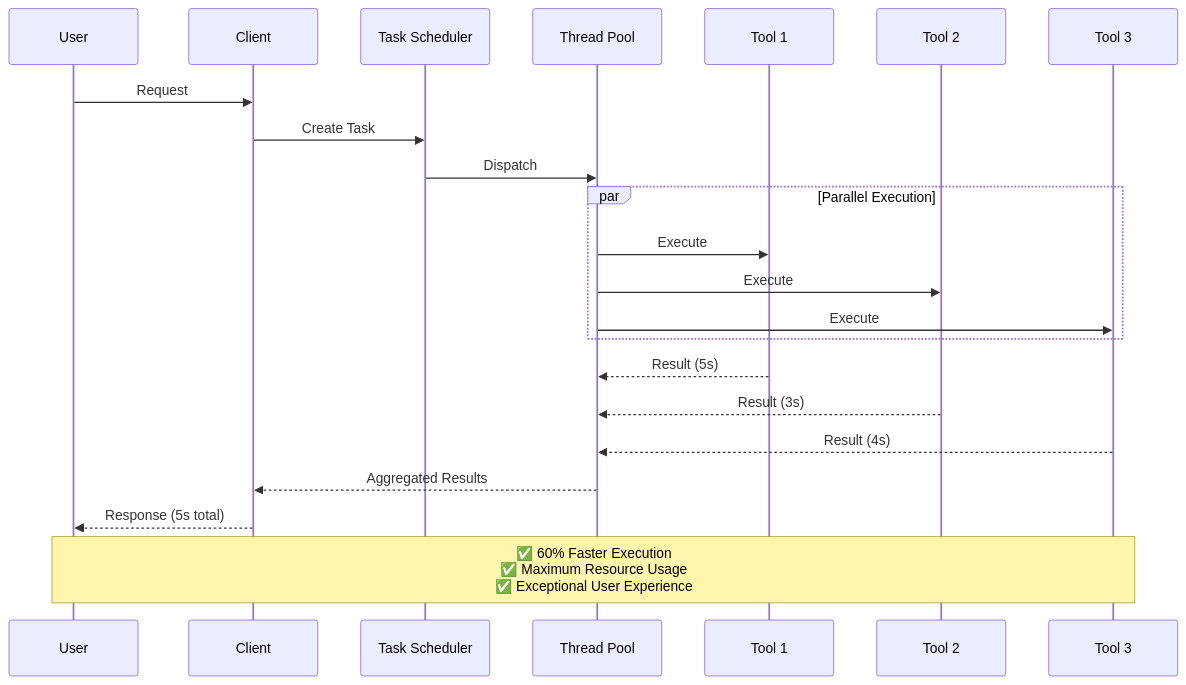
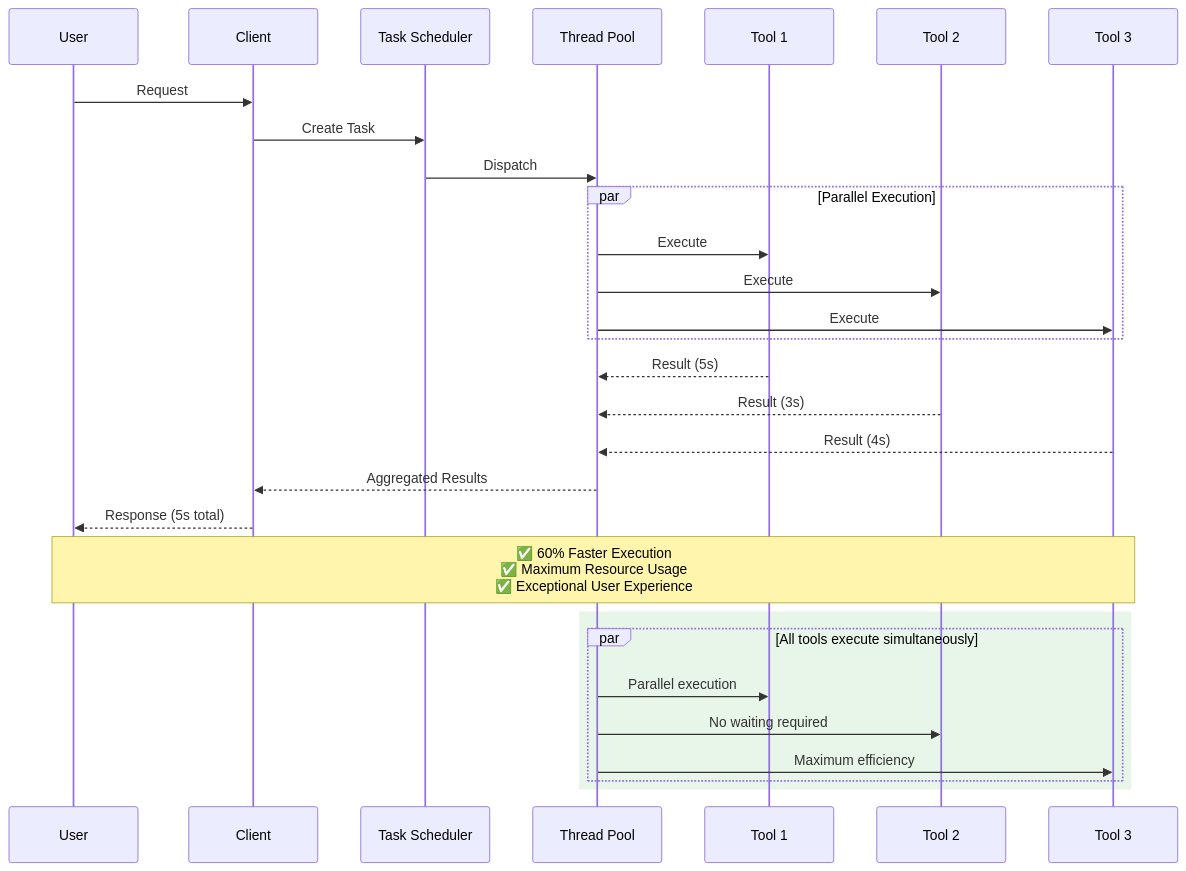
Before and after one commit to CodingButter/advanced-mcp-client: the second of 9 diagrams in README.md, drawn with Mermaid. The commit also changed other lines of this file, not shown here.

````diff
--- a/README.md
+++ b/README.md
@@ -47,28 +54,36 @@
 ```mermaid
 sequenceDiagram
     participant U as User
     participant C as Client
     participant TS as Task Scheduler
     participant TP as Thread Pool
     participant T1 as Tool 1
     participant T2 as Tool 2
     participant T3 as Tool 3
     
     U->>C: Request
     C->>TS: Create Task
     TS->>TP: Dispatch
     
     par Parallel Execution
         TP->>T1: Execute
         TP->>T2: Execute
         TP->>T3: Execute
     end
     
     T1-->>TP: Result (5s)
     T2-->>TP: Result (3s)
     T3-->>TP: Result (4s)
     TP-->>C: Aggregated Results
     C-->>U: Response (5s total)
     
     Note over U,T3: ✅ 60% Faster Execution<br/>✅ Maximum Resource Usage<br/>✅ Exceptional User Experience
+    
+    rect rgb(232, 245, 233)
+        par All tools execute simultaneously
+            TP->>T1: Parallel execution
+            TP->>T2: No waiting required
+            TP->>T3: Maximum efficiency
+        end
+    end
 ```
````
